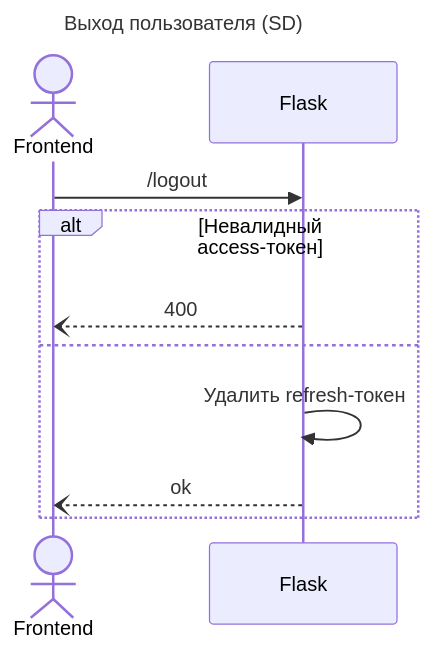
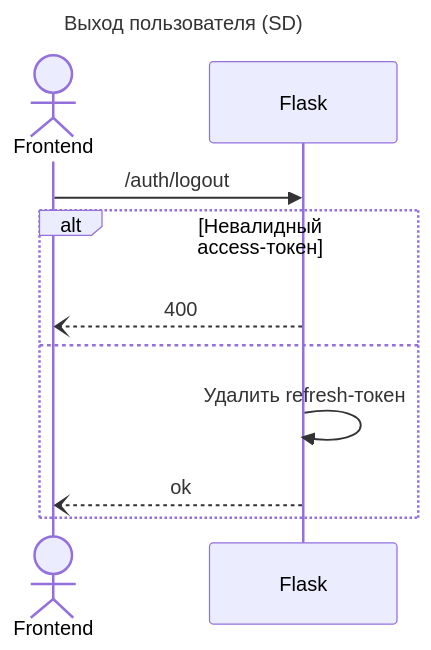
One commit to Dbl4/Auth_sprint_1 changed the diagram in documentation/auth-api/sd-logout.md. Above: the diagram before and after it, drawn with Mermaid. The commit also changed 9 other files, not shown here.

Commit message:
Add sequence diagrams

````diff
--- a/documentation/auth-api/sd-logout.md
+++ b/documentation/auth-api/sd-logout.md
@@ -1,18 +1,18 @@
 ```mermaid
 ---
 title: Выход пользователя (SD)
 ---
 
 sequenceDiagram
     actor Frontend
     participant Flask
 
-    Frontend ->> Flask: /logout
+    Frontend ->> Flask: /auth/logout
 
     alt Невалидный access-токен
         Flask --) Frontend: 400
     else
         Flask ->> Flask: Удалить refresh-токен
         Flask --) Frontend: ok
     end
 ```
````
